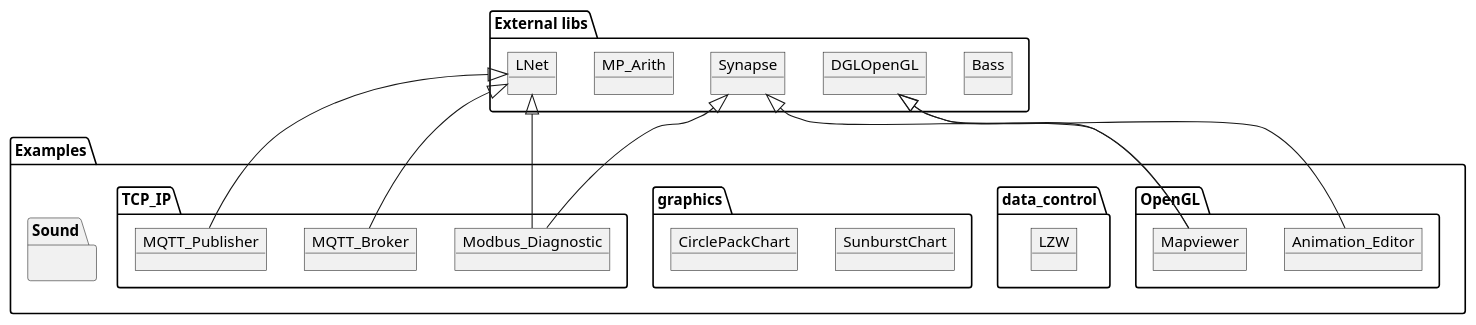
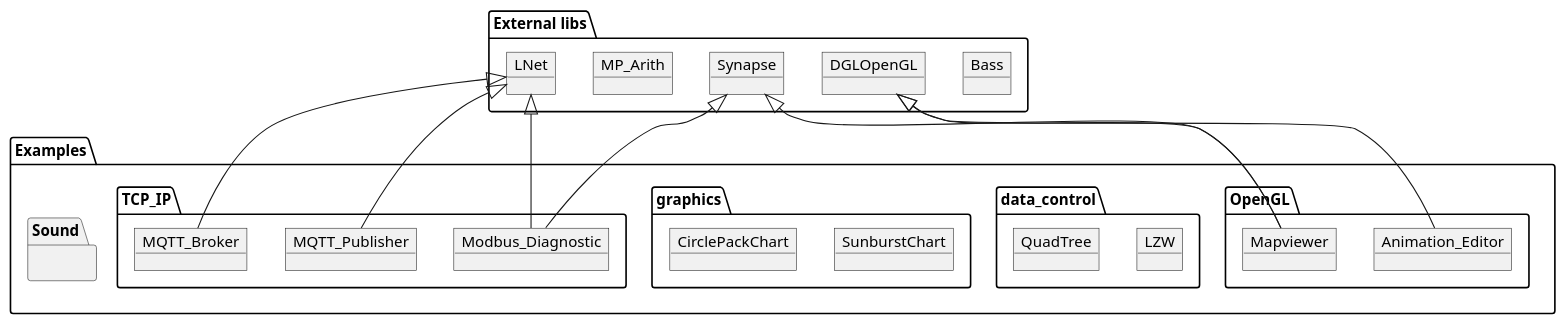
One commit to PascalCorpsman/Examples changed the diagram in overview.plantuml. Above: the diagram before and after it, drawn with PlantUML. The commit also changed 2 other files, not shown here.

```diff
--- a/overview.plantuml
+++ b/overview.plantuml
@@ -2,40 +2,41 @@
 @startuml
 
 package "Examples" {
   package "OpenGL" {
    object Mapviewer
    object Animation_Editor
   }
   package "data_control" {
     object LZW
+    object QuadTree
   }
   package "graphics" {
    object SunburstChart
    object CirclePackChart
   }
   package "TCP_IP" {
    object MQTT_Broker
    object MQTT_Publisher
    object Modbus_Diagnostic
   }
   package "Sound" {
    
   }
 }
 
 package "External libs" {
 object Bass
 object DGLOpenGL
 object LNet 
 object MP_Arith
 object Synapse
 Synapse <|-- Mapviewer 
 DGLOpenGL <|-- Mapviewer 
 DGLOpenGL <|-- Animation_Editor 
 Synapse <|-- Modbus_Diagnostic
 LNet <|-- Modbus_Diagnostic
 LNet <|-- MQTT_Publisher
 LNet <|-- MQTT_Broker
 }
 
 @enduml
```
